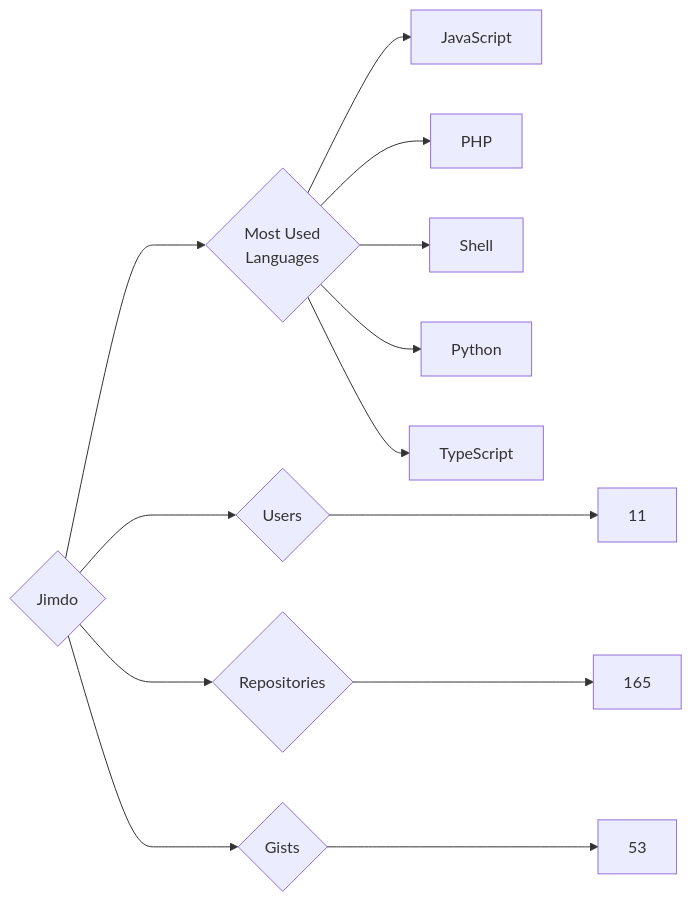
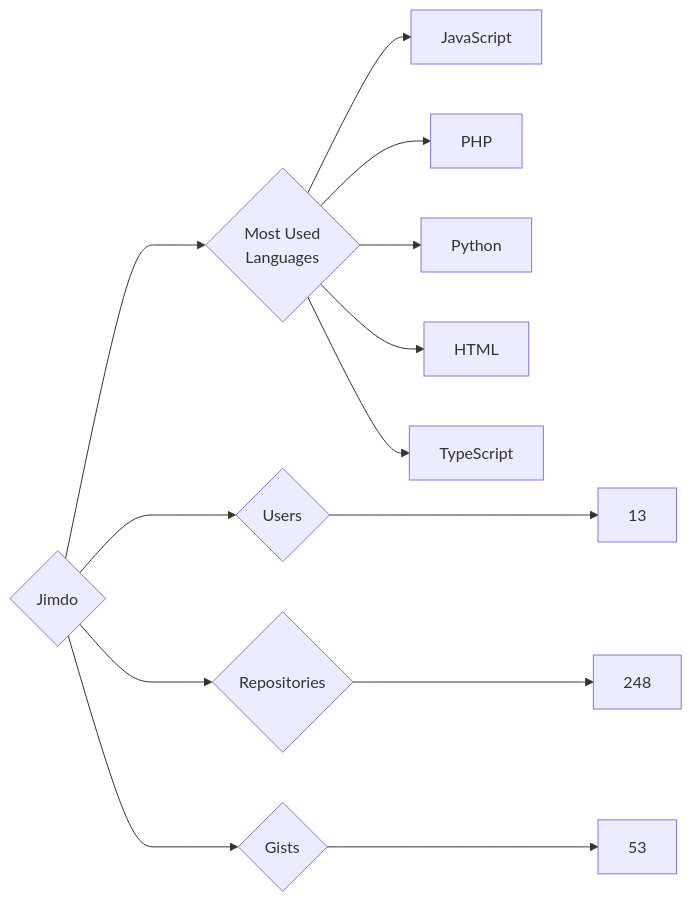
Before and after one commit to trickest/insiders: the diagram in targets/Jimdo/README.md, drawn with Mermaid. The commit also changed 1314 other files, not shown here.

````diff
--- a/targets/Jimdo/README.md
+++ b/targets/Jimdo/README.md
@@ -3,13 +3,13 @@
 ```mermaid
 graph LR
 COMPANY_NAME{Jimdo}
-COMPANY_NAME ---> U{Users} ---> UN[11]
-COMPANY_NAME ---> R{Repositories} ---> RN[165]
+COMPANY_NAME ---> U{Users} ---> UN[13]
+COMPANY_NAME ---> R{Repositories} ---> RN[248]
 COMPANY_NAME ---> G{Gists} ---> GN[53]
 COMPANY_NAME ---> ML{Most Used<br>Languages}
 ML --> JavaScript[JavaScript]
 ML --> PHP[PHP]
-ML --> Shell[Shell]
 ML --> Python[Python]
+ML --> HTML[HTML]
 ML --> TypeScript[TypeScript]
 ```
````
